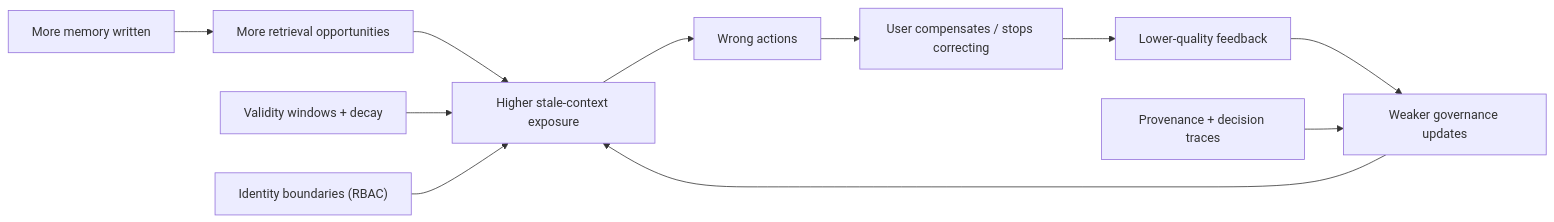
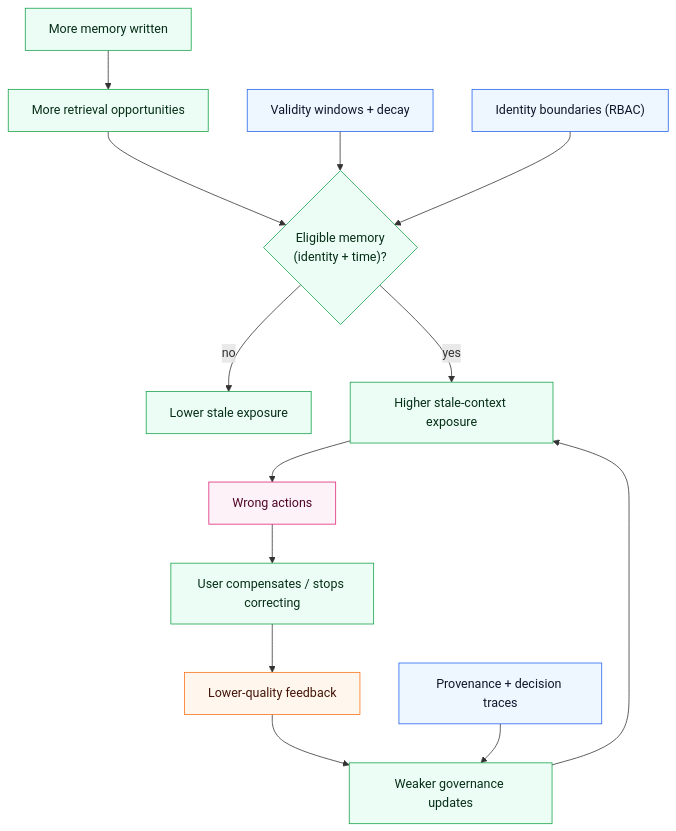
The second of 3 diagrams in docs/blog/posts/temporal-memory-beats-bigger-context.md (5Reasons/5reasons.github.io), drawn with Mermaid before and after one commit. The commit also changed other lines of this file and 14 other files, not shown here.

First line of the commit message:
Refactor diagrams and improve clarity in blog posts and case studies

````diff
--- a/docs/blog/posts/temporal-memory-beats-bigger-context.md
+++ b/docs/blog/posts/temporal-memory-beats-bigger-context.md
@@ -99,14 +141,26 @@
 ```mermaid
-graph LR;
-  A["More memory written"] --> B["More retrieval opportunities"];
-  B --> C["Higher stale-context exposure"];
-  C --> D["Wrong actions"];
-  D --> E["User compensates / stops correcting"];
-  E --> F["Lower-quality feedback"];
-  F --> G["Weaker governance updates"];
-  G --> C;
+flowchart TB
+  A["More memory written"]:::p --> B["More retrieval opportunities"]:::p
 
-  H["Validity windows + decay"] --> C;
-  I["Provenance + decision traces"] --> G;
-  J["Identity boundaries (RBAC)"] --> C;
+  G1{"Eligible memory<br>(identity + time)?"}:::p
+  B --> G1
+
+  G1 -- no --> P1["Lower stale exposure"]:::p
+  G1 -- yes --> C["Higher stale-context exposure"]:::p
+
+  C --> D["Wrong actions"]:::o
+  D --> E["User compensates / stops correcting"]:::p
+  E --> F["Lower-quality feedback"]:::r
+  F --> G["Weaker governance updates"]:::p
+  G --> C
+
+  H["Validity windows + decay"]:::i --> G1
+  I["Provenance + decision traces"]:::i --> G
+  J["Identity boundaries (RBAC)"]:::i --> G1
+
+  %% brModel styles
+  classDef i fill:#eef6ff,stroke:#2563eb,stroke-width:1px,color:#0f172a;
+  classDef p fill:#ecfdf5,stroke:#16a34a,stroke-width:1px,color:#052e16;
+  classDef r fill:#fff7ed,stroke:#f97316,stroke-width:1px,color:#431407;
+  classDef o fill:#fdf2f8,stroke:#db2777,stroke-width:1px,color:#500724;
 ```
````
